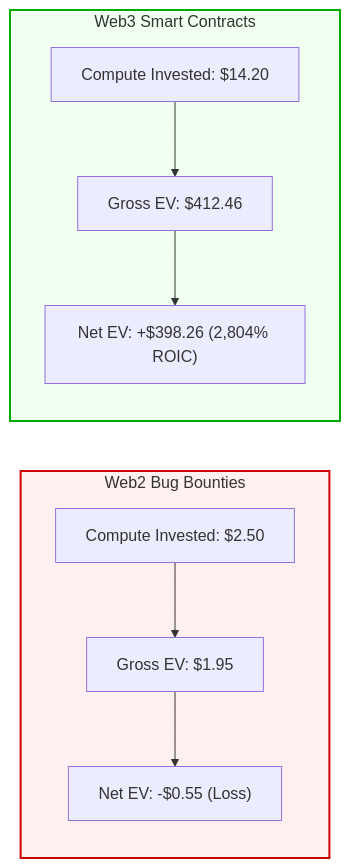
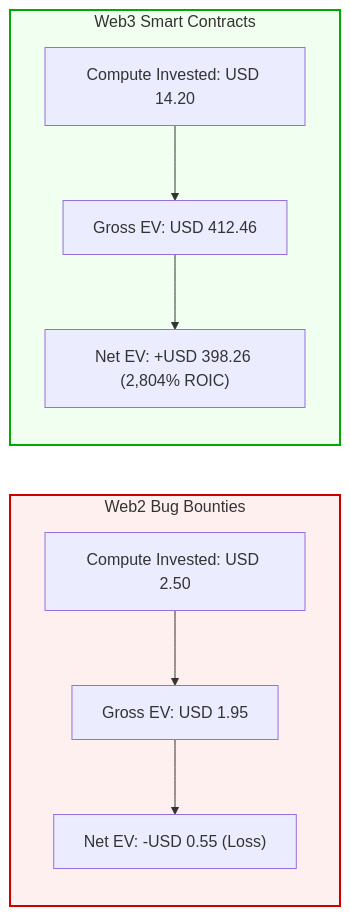
One commit to x-TheFox/Autonomous-Opportunity-Arbitrage-Engine changed the second of 4 diagrams in docs/06_the_winning_archetype.md. Above: the diagram before and after it, drawn with Mermaid. The commit also changed other lines of this file and 11 other files, not shown here.

````diff
--- a/docs/06_the_winning_archetype.md
+++ b/docs/06_the_winning_archetype.md
@@ -194,15 +194,15 @@
 ```mermaid
 graph LR
     subgraph Web2_Economics["Web2 Bug Bounties"]
-        W2_In["Compute Invested: $2.50"] --> W2_EV["Gross EV: $1.95"]
-        W2_EV --> W2_Out["Net EV: -$0.55 (Loss)"]
+        W2_In["Compute Invested: USD 2.50"] --> W2_EV["Gross EV: USD 1.95"]
+        W2_EV --> W2_Out["Net EV: -USD 0.55 (Loss)"]
     end
 
     subgraph Web3_Economics["Web3 Smart Contracts"]
-        W3_In["Compute Invested: $14.20"] --> W3_EV["Gross EV: $412.46"]
-        W3_EV --> W3_Out["Net EV: +$398.26 (2,804% ROIC)"]
+        W3_In["Compute Invested: USD 14.20"] --> W3_EV["Gross EV: USD 412.46"]
+        W3_EV --> W3_Out["Net EV: +USD 398.26 (2,804% ROIC)"]
     end
 
     style Web2_Economics fill:#fff0f0,stroke:#cc0000,stroke-width:2px
     style Web3_Economics fill:#f0fff0,stroke:#00aa00,stroke-width:2px
 ```
````
